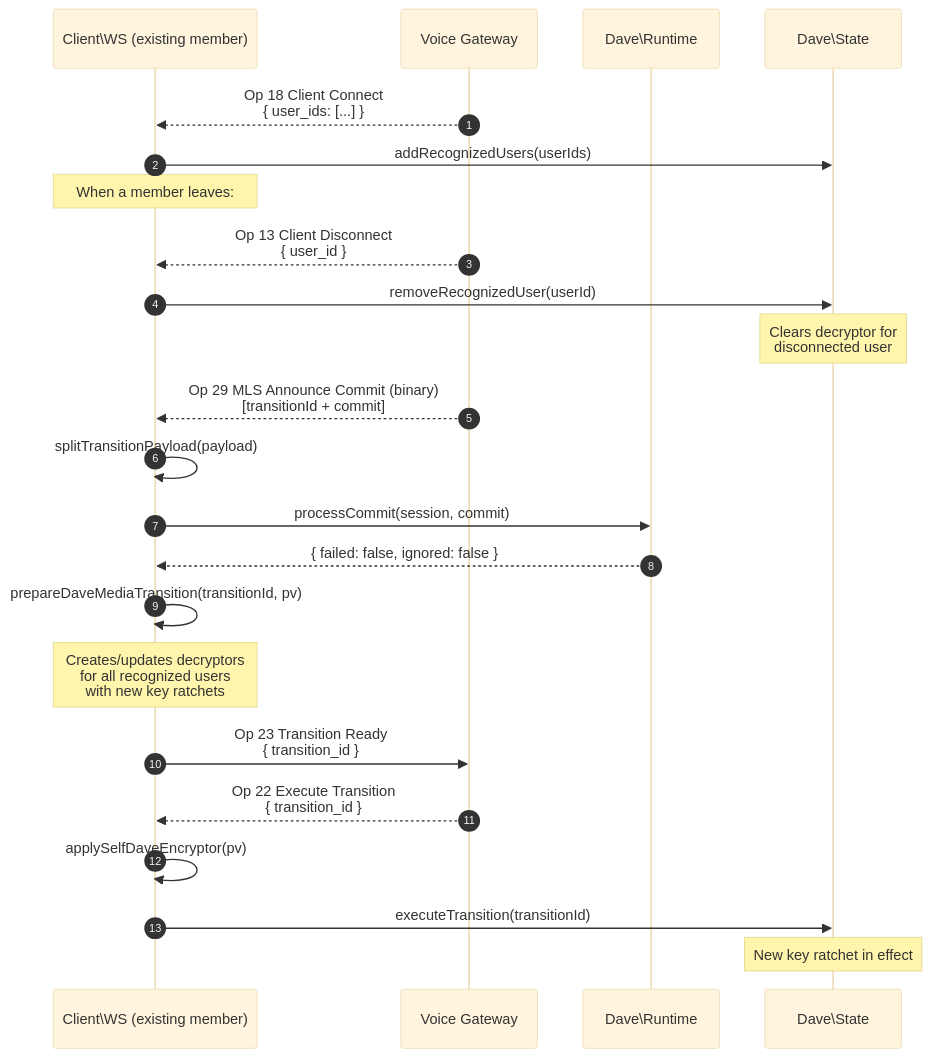
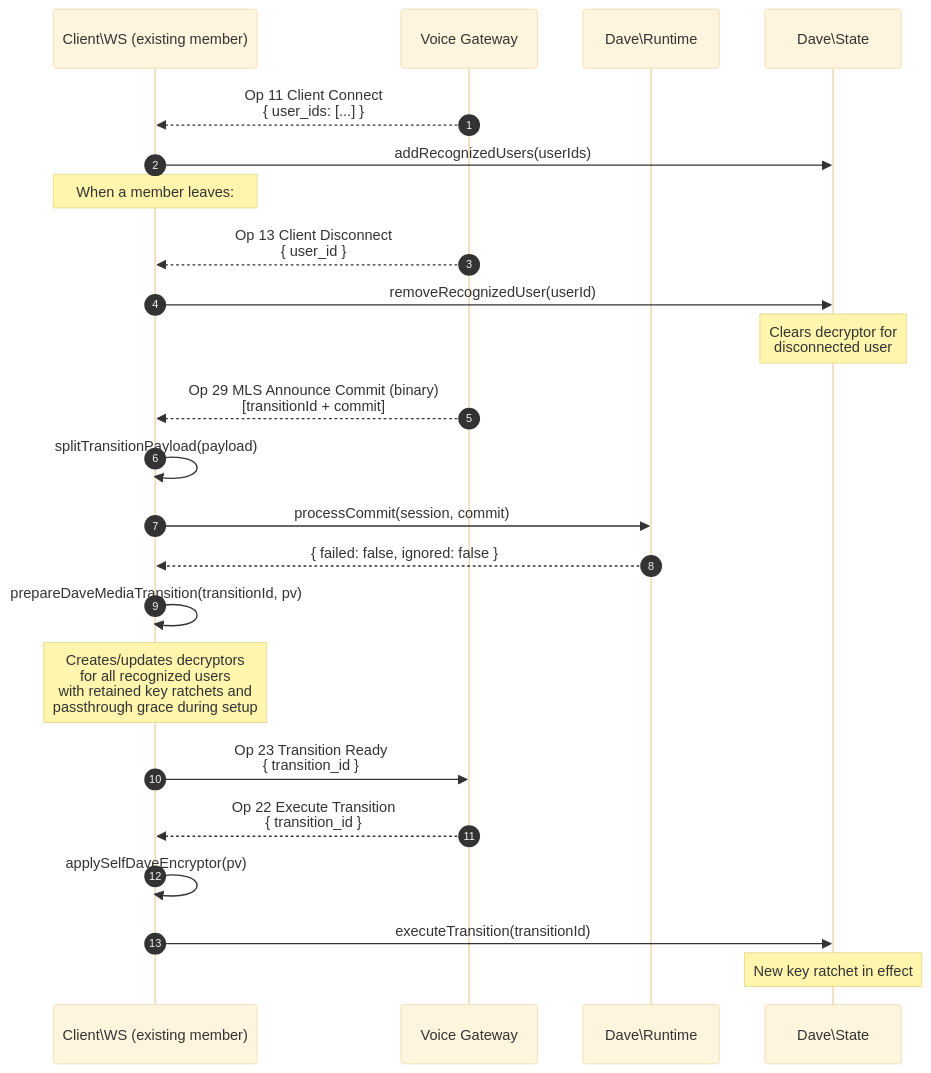
The fifth of 10 diagrams in docs/DAVE.md (discord-php/DiscordPHP-Voice), drawn with Mermaid (base theme) before and after one commit. The commit also changed other lines of this file and 4 other files, not shown here.

````diff
--- a/docs/DAVE.md
+++ b/docs/DAVE.md
@@ -211,29 +220,29 @@
 ```mermaid
 sequenceDiagram
     autonumber
     participant WS as Client\WS (existing member)
     participant GW as Voice Gateway
     participant RT as Dave\Runtime
     participant ST as Dave\State
 
-    GW-->>WS: Op 18 Client Connect<br/>{ user_ids: [...] }
+    GW-->>WS: Op 11 Client Connect<br/>{ user_ids: [...] }
     WS->>ST: addRecognizedUsers(userIds)
 
     Note over WS: When a member leaves:
     GW-->>WS: Op 13 Client Disconnect<br/>{ user_id }
     WS->>ST: removeRecognizedUser(userId)
     Note over ST: Clears decryptor for<br/>disconnected user
 
     GW-->>WS: Op 29 MLS Announce Commit (binary)<br/>[transitionId + commit]
     WS->>WS: splitTransitionPayload(payload)
     WS->>RT: processCommit(session, commit)
     RT-->>WS: { failed: false, ignored: false }
     WS->>WS: prepareDaveMediaTransition(transitionId, pv)
-    Note over WS: Creates/updates decryptors<br/>for all recognized users<br/>with new key ratchets
+    Note over WS: Creates/updates decryptors<br/>for all recognized users<br/>with retained key ratchets and<br/>passthrough grace during setup
     WS->>GW: Op 23 Transition Ready<br/>{ transition_id }
 
     GW-->>WS: Op 22 Execute Transition<br/>{ transition_id }
     WS->>WS: applySelfDaveEncryptor(pv)
     WS->>ST: executeTransition(transitionId)
     Note over ST: New key ratchet in effect
 ```
````
